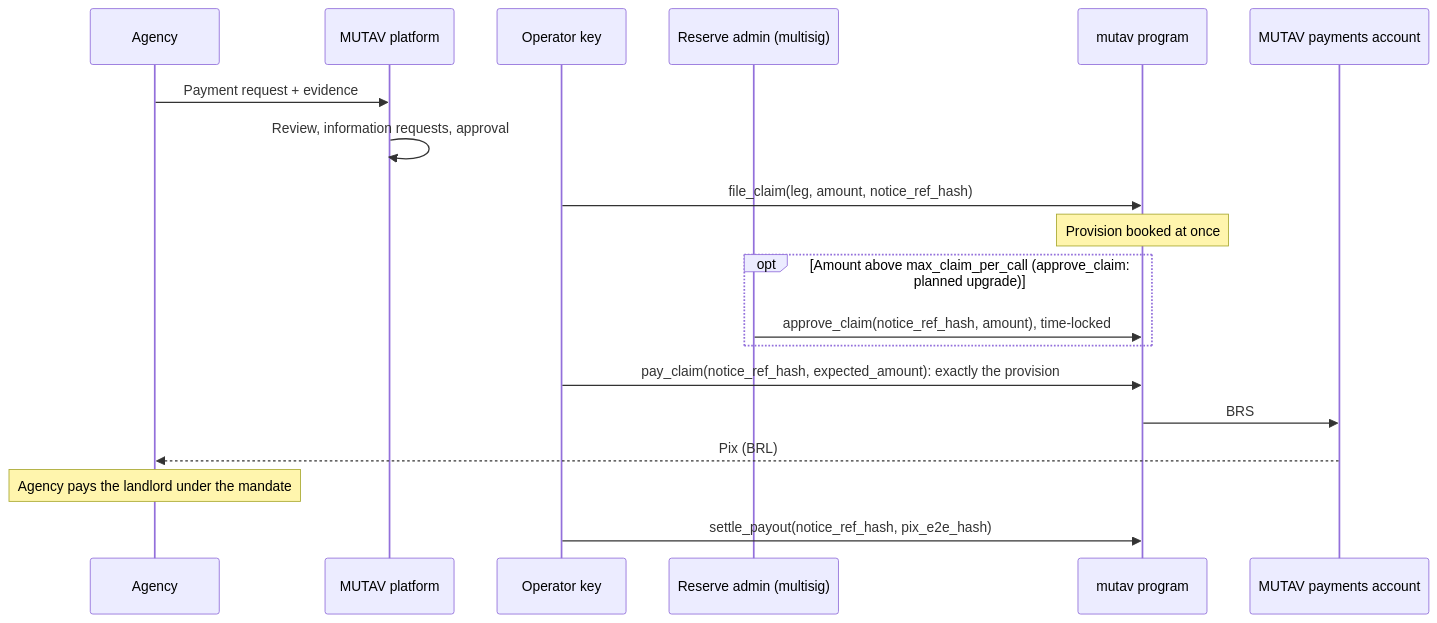
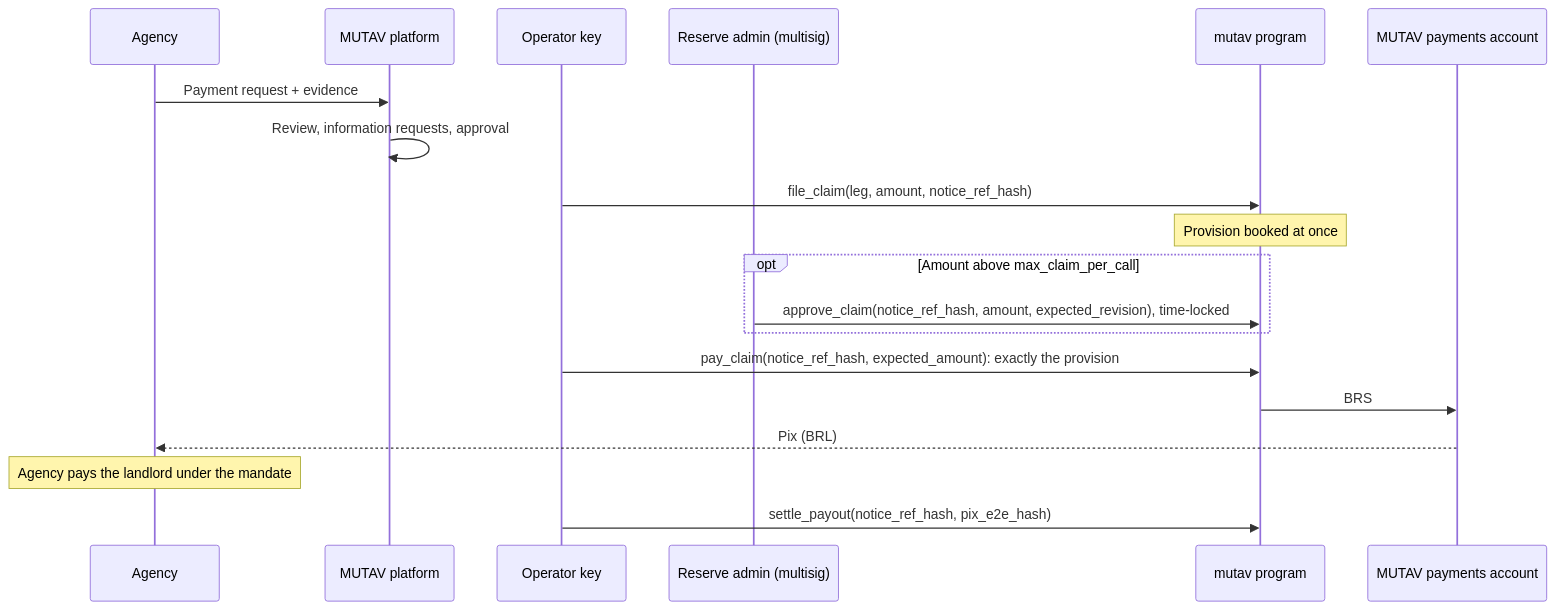
One commit to mutav-finance/mutav-protocol-solana changed the first of 2 diagrams in docs/for-agencies/claims.md. Above: the diagram before and after it, drawn with Mermaid. The commit also changed other lines of this file and 31 other files, not shown here.

First line of the commit message:
docs: admin cancel parks (ADR 0030); approve_claim is live

````diff
--- a/docs/for-agencies/claims.md
+++ b/docs/for-agencies/claims.md
@@ -9,21 +9,21 @@
 ```mermaid
 sequenceDiagram
   participant Ag as Agency
   participant Pl as MUTAV platform
   participant Op as Operator key
   participant Ad as Reserve admin (multisig)
   participant Pr as mutav program
   participant PA as MUTAV payments account
   Ag->>Pl: Payment request + evidence
   Pl->>Pl: Review, information requests, approval
   Op->>Pr: file_claim(leg, amount, notice_ref_hash)
   Note over Pr: Provision booked at once
-  opt Amount above max_claim_per_call (approve_claim: planned upgrade)
-    Ad->>Pr: approve_claim(notice_ref_hash, amount), time-locked
+  opt Amount above max_claim_per_call
+    Ad->>Pr: approve_claim(notice_ref_hash, amount, expected_revision), time-locked
   end
   Op->>Pr: pay_claim(notice_ref_hash, expected_amount): exactly the provision
   Pr->>PA: BRS
   PA-->>Ag: Pix (BRL)
   Note over Ag: Agency pays the landlord under the mandate
   Op->>Pr: settle_payout(notice_ref_hash, pix_e2e_hash)
 ```
````
